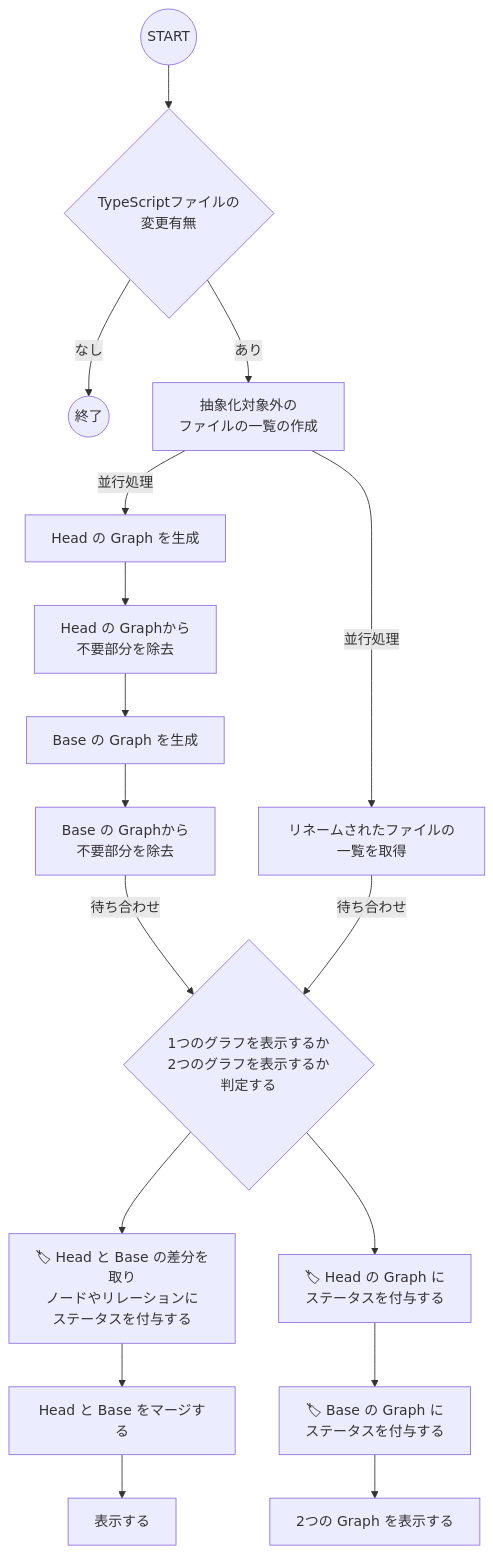
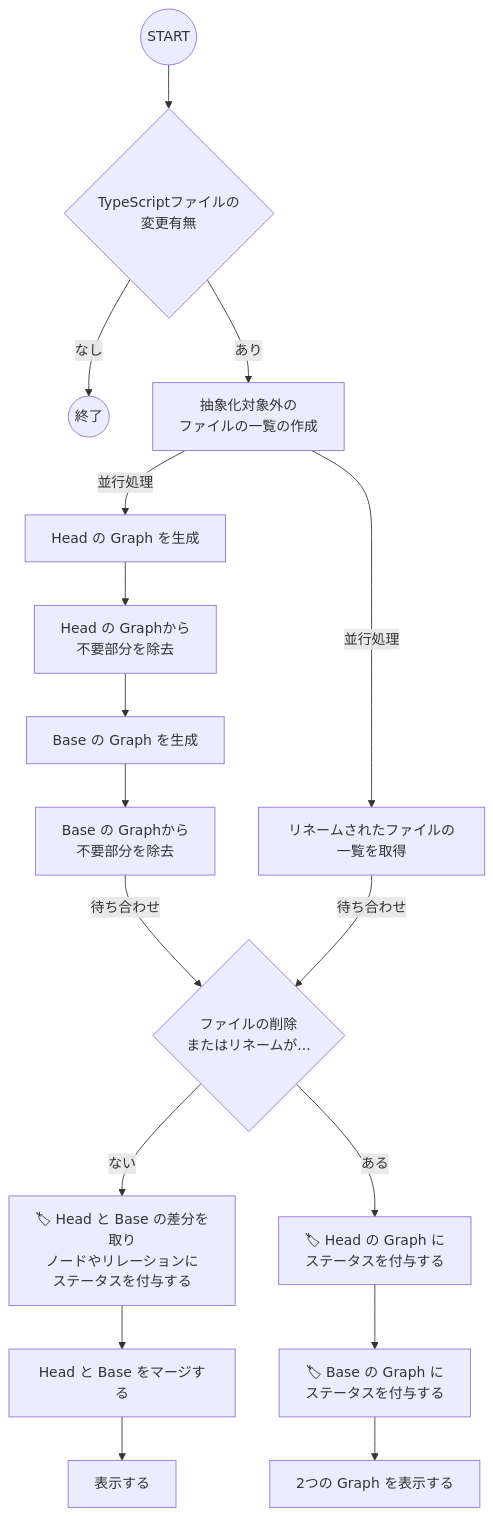
Before and after one commit to ysk8hori/typescript-graph: the diagram in danger-design.md, drawn with Mermaid.

Commit message:
chore: Graph 1つか2つかの判定条件を明記

````diff
--- a/danger-design.md
+++ b/danger-design.md
@@ -3,29 +3,29 @@
 ```mermaid
 flowchart
   Start((START))-->TsfileModifiers{"TypeScriptファイルの<br>変更有無"}
   TsfileModifiers-->|なし|end1((終了))
   TsfileModifiers-->|あり|GetNoAbstraction["抽象化対象外の<br>ファイルの一覧の作成"]
 
   GetNoAbstraction-->|並行処理|GenerateHeadGraph["Head の Graph を生成"]
   GenerateHeadGraph-->FilterHeadGraph["Head の Graphから<br>不要部分を除去"]
   FilterHeadGraph-->GenerateBaseGraph["Base の Graph を生成"]
   GenerateBaseGraph-->FilterBaseGraph["Base の Graphから<br>不要部分を除去"]
 
   GetNoAbstraction-->|並行処理|GetRename["リネームされたファイルの一覧を取得"]
 
-  JudgeGraphAmmounts{"1つのグラフを表示するか<br>2つのグラフを表示するか<br>判定する"}
+  JudgeGraphAmmounts{"ファイルの削除<br>またはリネームが..."}
   FilterBaseGraph-->|待ち合わせ|JudgeGraphAmmounts
   GetRename-->|待ち合わせ|JudgeGraphAmmounts
 
   %% 1つの Graph
-  JudgeGraphAmmounts-->GetDiff["🏷 Head と Base の差分を取り<br>ノードやリレーションに<br>ステータスを付与する"]
+  JudgeGraphAmmounts-->|ない|GetDiff["🏷 Head と Base の差分を取り<br>ノードやリレーションに<br>ステータスを付与する"]
   GetDiff-->MergeGraph["Head と Base をマージする"]
   MergeGraph-->表示する
 
   %% 2つの Graph
-  JudgeGraphAmmounts-->AddStatusToHead["🏷 Head の Graph に<br>ステータスを付与する"]
+  JudgeGraphAmmounts-->|ある|AddStatusToHead["🏷 Head の Graph に<br>ステータスを付与する"]
   AddStatusToHead-->AddStatusToBase["🏷 Base の Graph に<br>ステータスを付与する"]
   AddStatusToBase-->Display2Graph["2つの Graph を表示する"]
 
 
 ```
````
